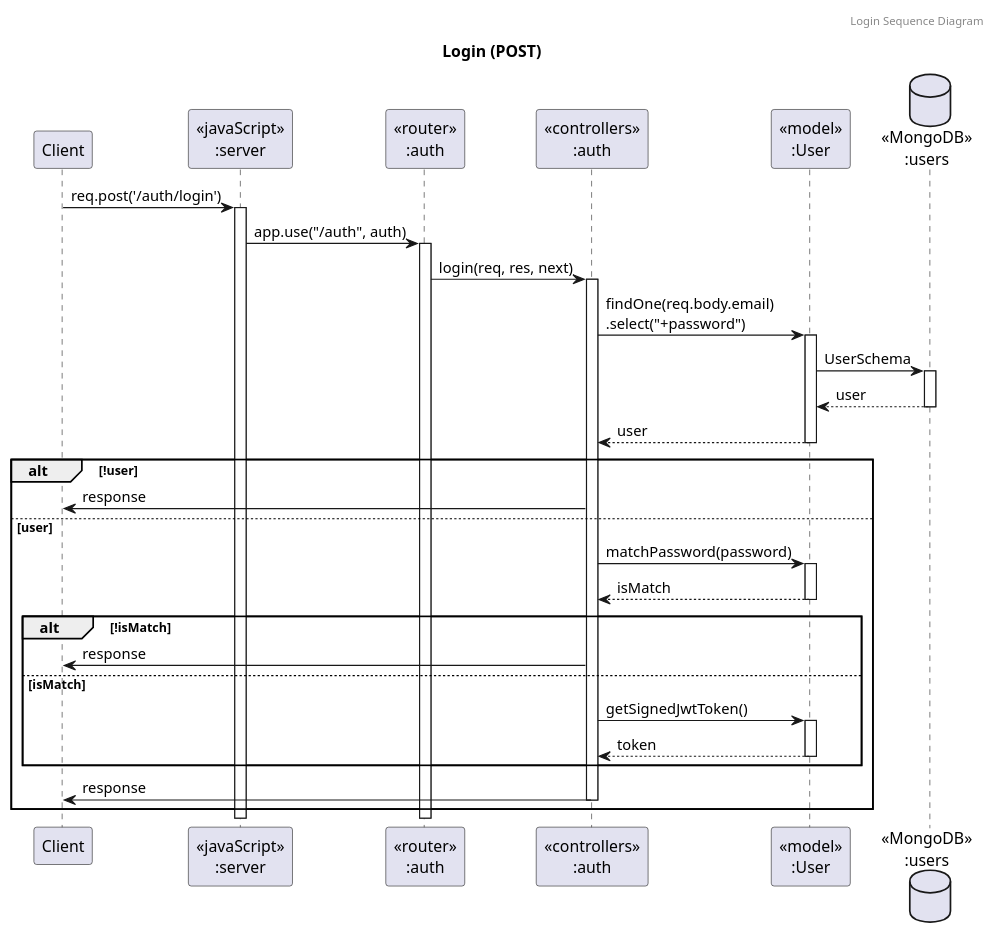
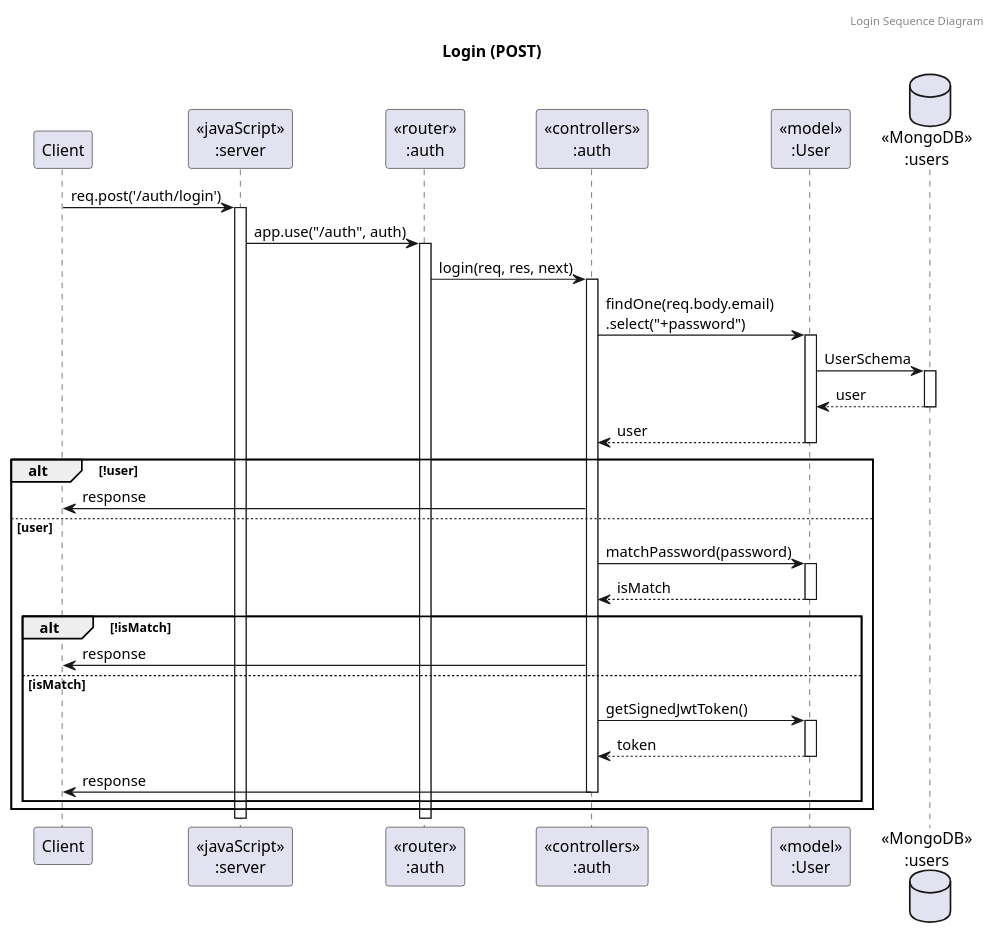
One commit to its144prelationship-study/swdevprac-project changed the diagram in diagrams/sequence_diagram/auth/login.puml. Above: the diagram before and after it, drawn with PlantUML. The commit also changed 30 other files, not shown here.

Commit message:
fix: fix middleware sequence diagram

```diff
--- a/diagrams/sequence_diagram/auth/login.puml
+++ b/diagrams/sequence_diagram/auth/login.puml
@@ -1,34 +1,34 @@
 @startuml Login (POST)
 
 header Login Sequence Diagram
 title "Login (POST)"
 
 participant "Client" as client
 participant "<<javaScript>>\n:server" as server
 participant "<<router>>\n:auth" as routerAuth
 participant "<<controllers>>\n:auth" as controllersAuth
 participant "<<model>>\n:User" as modelUser
 database "<<MongoDB>>\n:users" as UsersDatabase
 
-client->server ++:req.post('/auth/login')
-server->routerAuth ++:app.use("/auth", auth)
+client -> server ++:req.post('/auth/login')
+server -> routerAuth ++:app.use("/auth", auth)
 routerAuth -> controllersAuth ++:login(req, res, next)
-controllersAuth->modelUser ++:findOne(req.body.email)\n.select("+password")
-modelUser ->UsersDatabase ++: UserSchema
+controllersAuth -> modelUser ++:findOne(req.body.email)\n.select("+password")
+modelUser -> UsersDatabase ++: UserSchema
 UsersDatabase --> modelUser --: user
 controllersAuth <-- modelUser --: user
 alt !user
     controllersAuth -> client : response
 else user
     controllersAuth -> modelUser ++: matchPassword(password)
     controllersAuth <-- modelUser --: isMatch
     alt !isMatch
         controllersAuth -> client : response
     else isMatch
         controllersAuth -> modelUser ++: getSignedJwtToken()
         controllersAuth <-- modelUser --: token
+        controllersAuth -> client --: response
     end
-    controllersAuth->client --: response
 end
 
 @enduml
```
